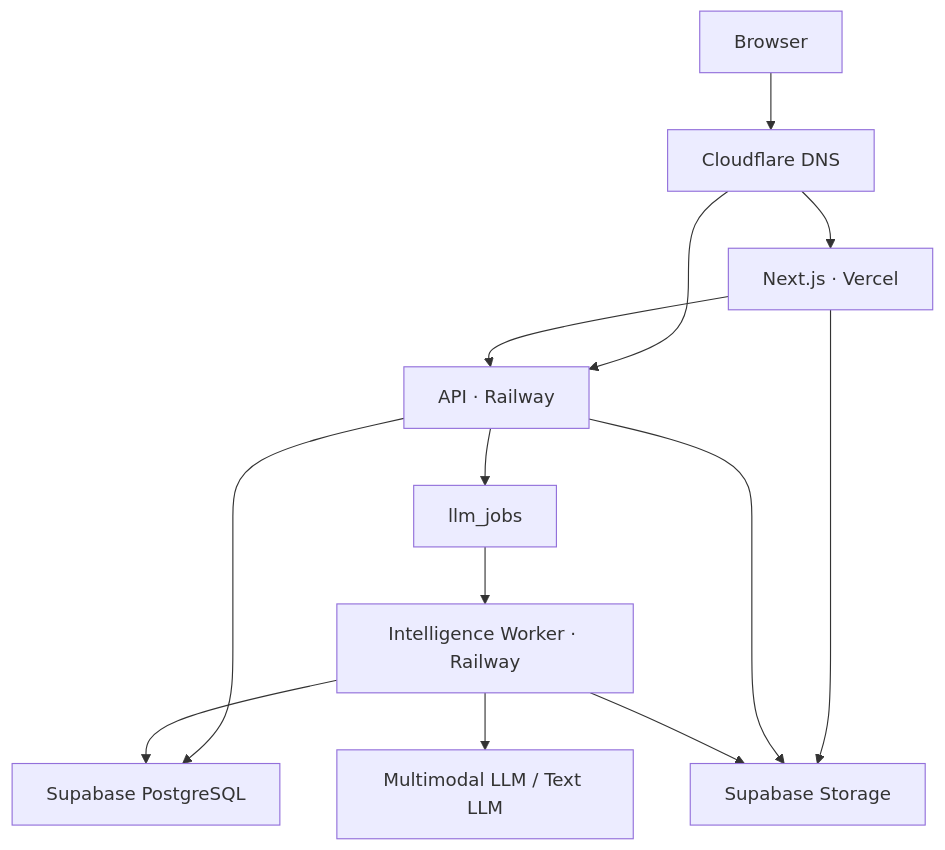
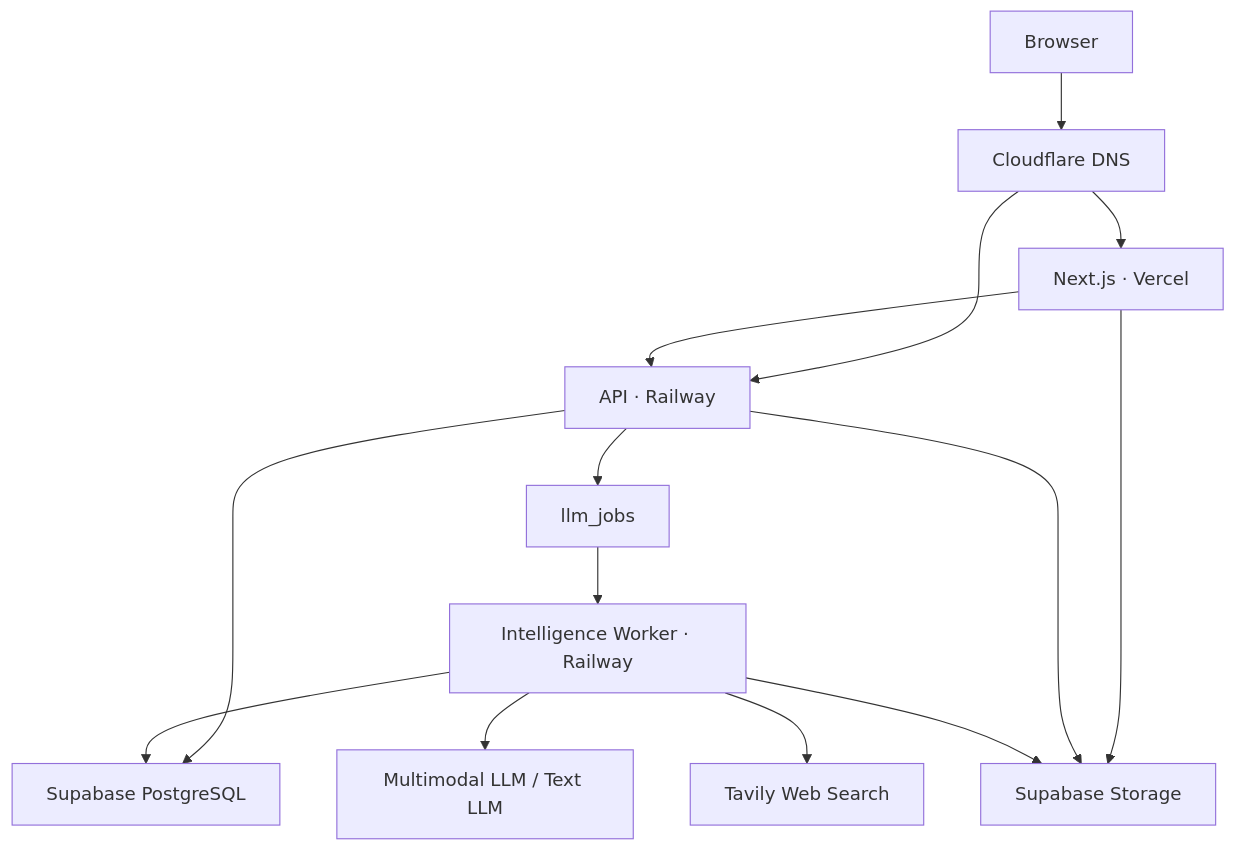
One commit to toMeetADX/TOMEET_Backend changed the first of 2 diagrams in docs/architecture.md. Above: the diagram before and after it, drawn with Mermaid. The commit also changed other lines of this file and 14 other files, not shown here.

Commit message:
feat(agent): add Tavily-backed web search

````diff
--- a/docs/architecture.md
+++ b/docs/architecture.md
@@ -7,15 +7,16 @@
 ```mermaid
 flowchart TB
     User["Browser"] --> DNS["Cloudflare DNS"]
     DNS --> Web["Next.js · Vercel"]
     DNS --> API["API · Railway"]
     Web --> API
     Web --> Storage["Supabase Storage"]
     API --> DB["Supabase PostgreSQL"]
     API --> Storage
     API --> Jobs["llm_jobs"]
     Jobs --> Worker["Intelligence Worker · Railway"]
     Worker --> LLM["Multimodal LLM / Text LLM"]
+    Worker --> Search["Tavily Web Search"]
     Worker --> DB
     Worker --> Storage
 ```
````
